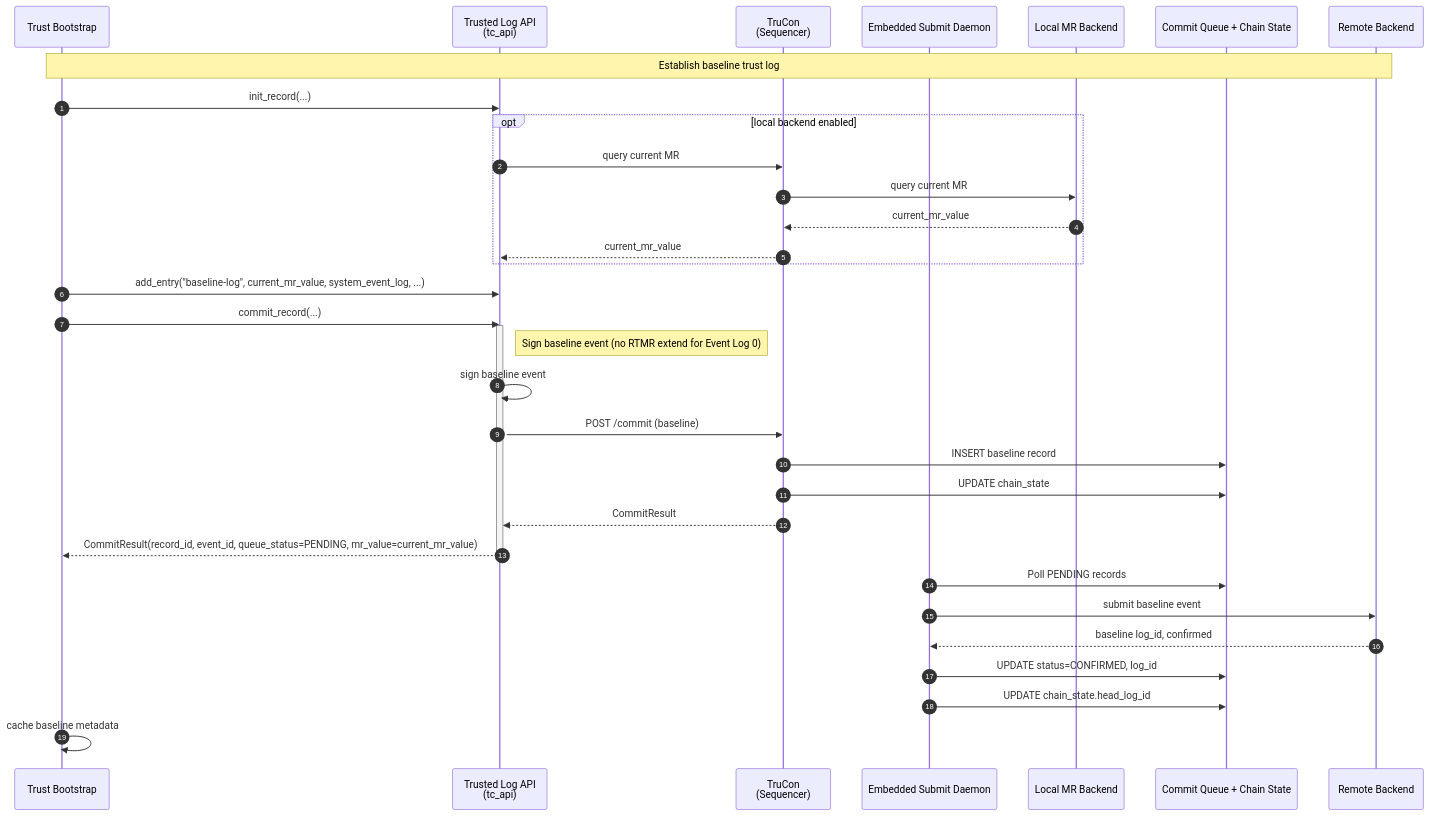
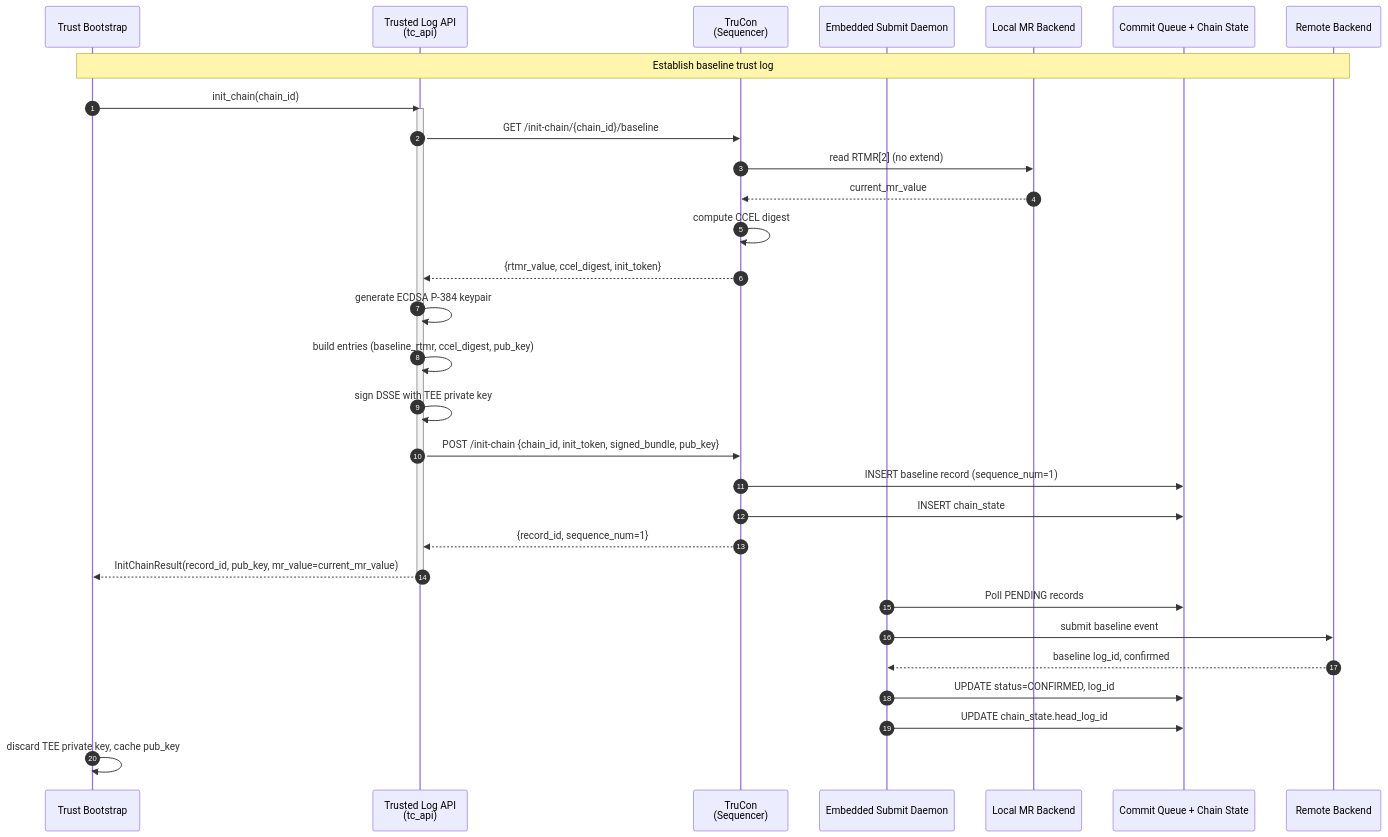
The fifth of 7 diagrams in docs/trusted-log/architecture.md (intel/confidential-computing-zoo), drawn with Mermaid before and after one commit. The commit also changed other lines of this file and 17 other files, not shown here.

Commit message:
impl `event-log-0-baseline`

````diff
--- a/docs/trusted-log/architecture.md
+++ b/docs/trusted-log/architecture.md
@@ -545,39 +562,37 @@
 ```mermaid
 sequenceDiagram
     autonumber
 
     participant TB as Trust Bootstrap
     participant TL as Trusted Log API<br/>(tc_api)
     participant TA as TruCon<br/>(Sequencer)
     participant SD as Embedded Submit Daemon
     participant LB as Local MR Backend
     participant PQ as Commit Queue + Chain State
     participant RB as Remote Backend
 
     Note over TB,RB: Establish baseline trust log
-    TB->>TL: init_record(...)
-    opt local backend enabled
-        TL->>TA: query current MR
-        TA->>LB: query current MR
-        LB-->>TA: current_mr_value
-        TA-->>TL: current_mr_value
-    end
-    TB->>TL: add_entry("baseline-log", current_mr_value, system_event_log, ...)
-    TB->>TL: commit_record(...)
+    TB->>TL: init_chain(chain_id)
     activate TL
-    Note right of TL: Sign baseline event (no RTMR extend for Event Log 0)
-    TL->>TL: sign baseline event
-    TL->>TA: POST /commit (baseline)
-    TA->>PQ: INSERT baseline record
-    TA->>PQ: UPDATE chain_state
-    TA-->>TL: CommitResult
-    TL-->>TB: CommitResult(record_id, event_id, queue_status=PENDING, mr_value=current_mr_value)
+    TL->>TA: GET /init-chain/{chain_id}/baseline
+    TA->>LB: read RTMR[2] (no extend)
+    LB-->>TA: current_mr_value
+    TA->>TA: compute CCEL digest
+    TA-->>TL: {rtmr_value, ccel_digest, init_token}
+    TL->>TL: generate ECDSA P-384 keypair
+    TL->>TL: build entries (baseline_rtmr, ccel_digest, pub_key)
+    TL->>TL: sign DSSE with TEE private key
+    TL->>TA: POST /init-chain {chain_id, init_token, signed_bundle, pub_key}
+    TA->>PQ: INSERT baseline record (sequence_num=1)
+    TA->>PQ: INSERT chain_state
+    TA-->>TL: {record_id, sequence_num=1}
+    TL-->>TB: InitChainResult(record_id, pub_key, mr_value=current_mr_value)
     deactivate TL
 
     SD->>PQ: Poll PENDING records
     SD->>RB: submit baseline event
     RB-->>SD: baseline log_id, confirmed
     SD->>PQ: UPDATE status=CONFIRMED, log_id
     SD->>PQ: UPDATE chain_state.head_log_id
-    TB->>TB: cache baseline metadata
+    TB->>TB: discard TEE private key, cache pub_key
 ```
````
